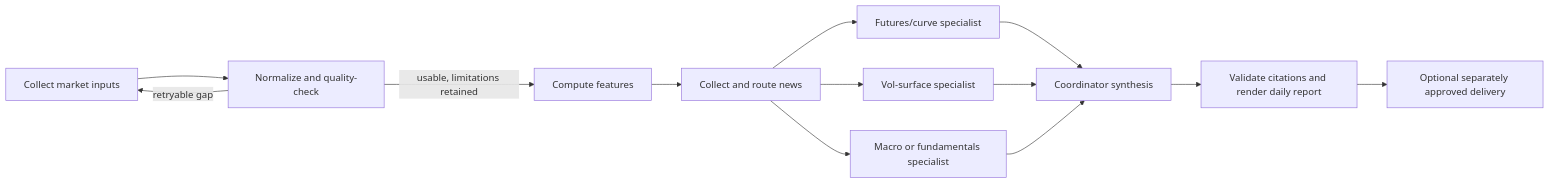
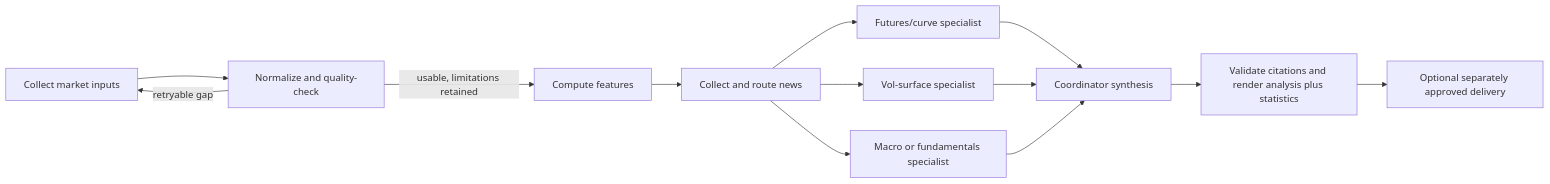
The diagram in docs/ANALYSIS_WORKFLOW.md (fangxuyi/curvelens-core), drawn with Mermaid before and after one commit. The commit also changed other lines of this file and 6 other files, not shown here.

Commit message:
Add daily statistics report output

````diff
--- a/docs/ANALYSIS_WORKFLOW.md
+++ b/docs/ANALYSIS_WORKFLOW.md
@@ -12,15 +12,15 @@
 ```mermaid
 flowchart LR
   A[Collect market inputs] --> B[Normalize and quality-check]
   B -->|retryable gap| A
   B -->|usable, limitations retained| C[Compute features]
   C --> D[Collect and route news]
   D --> E1[Futures/curve specialist]
   D --> E2[Vol-surface specialist]
   D --> E3[Macro or fundamentals specialist]
   E1 --> F[Coordinator synthesis]
   E2 --> F
   E3 --> F
-  F --> G[Validate citations and render daily report]
+  F --> G[Validate citations and render analysis plus statistics]
   G --> H[Optional separately approved delivery]
 ```
````
